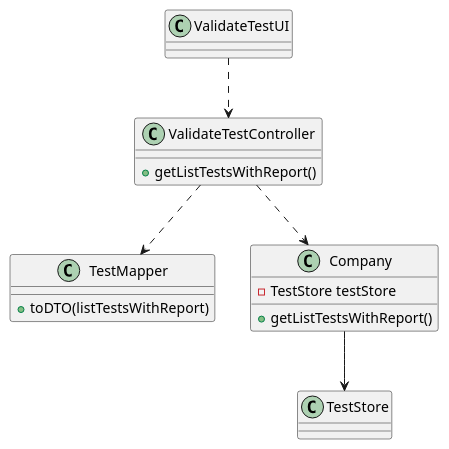
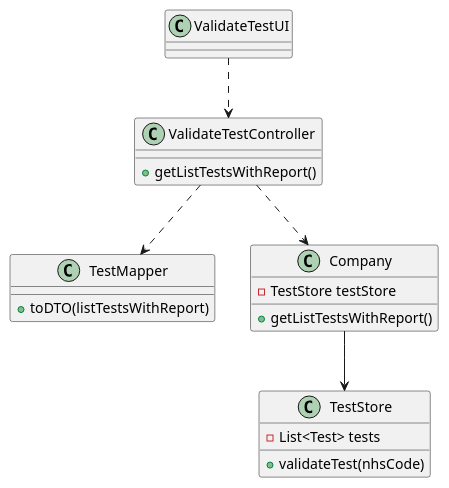
Before and after one commit to MadDinosaur/ISEP-LAPR2: the diagram in docs/SprintC/US15/US15_CD.puml, drawn with PlantUML. The commit also changed 5 other files, not shown here.

Commit message:
Added TestAlreadyValidatedException and started ValidateTestsTest class

```diff
--- a/docs/SprintC/US15/US15_CD.puml
+++ b/docs/SprintC/US15/US15_CD.puml
@@ -1,31 +1,34 @@
 @startuml
 'https://plantuml.com/class-diagram
 
 class ValidateTestUI
 
 class ValidateTestController{
 +getListTestsWithReport()
 
 }
 
 class TestStore{
+-List<Test> tests
 
-
++validateTest(nhsCode)
 }
 
 class TestMapper{
+
+
 +toDTO(listTestsWithReport)
 }
 
 class Company{
 -TestStore testStore
 
 +getListTestsWithReport()
 }
 
 ValidateTestUI ..> ValidateTestController
 ValidateTestController ..> Company
 ValidateTestController ..> TestMapper
 Company --> TestStore
 
 @enduml
```
